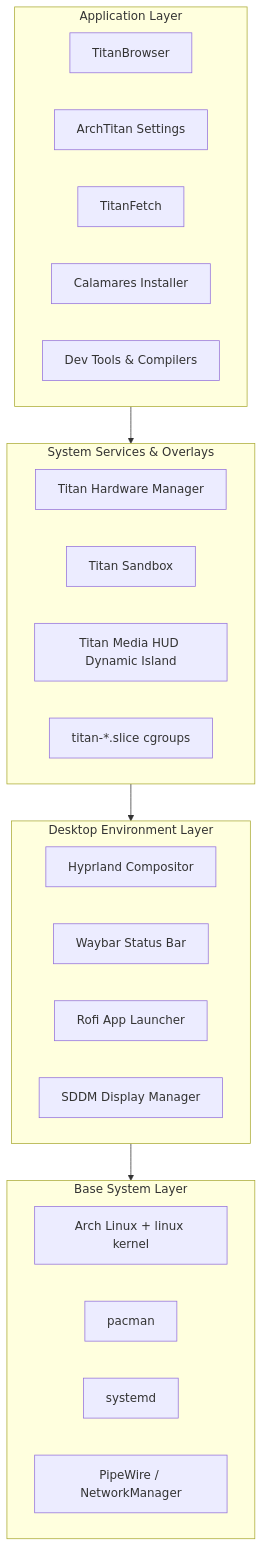
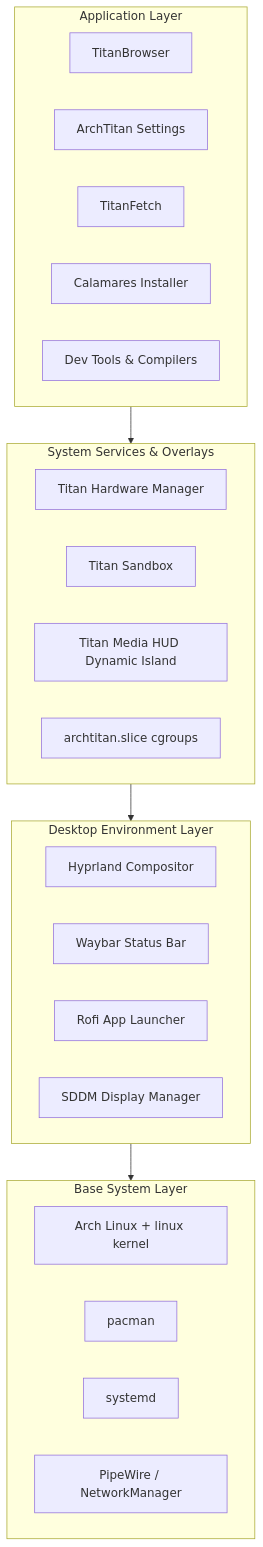
The first of 4 diagrams in wiki/Architecture.md (GitGuru29/archtitan-os), drawn with Mermaid before and after one commit. The commit also changed other lines of this file and 8 other files, not shown here.

````diff
--- a/wiki/Architecture.md
+++ b/wiki/Architecture.md
@@ -9,35 +9,35 @@
 ```mermaid
 graph TD
     subgraph L4["Application Layer"]
         TB[TitanBrowser]
         TS_GUI[ArchTitan Settings]
         TF[TitanFetch]
         Cal[Calamares Installer]
         Apps[Dev Tools & Compilers]
     end
 
     subgraph L3["System Services & Overlays"]
         THM[Titan Hardware Manager]
         TS[Titan Sandbox]
         HUD[Titan Media HUD Dynamic Island]
-        Slices[titan-*.slice cgroups]
+        Slices[archtitan.slice cgroups]
     end
 
     subgraph L2["Desktop Environment Layer"]
         H[Hyprland Compositor]
         WB[Waybar Status Bar]
         R[Rofi App Launcher]
         SDDM[SDDM Display Manager]
     end
 
     subgraph L1["Base System Layer"]
         Arch[Arch Linux + linux kernel]
         Pac[pacman]
         SysD[systemd]
         Pipe[PipeWire / NetworkManager]
     end
 
     L4 --> L3
     L3 --> L2
     L2 --> L1
 ```
````
